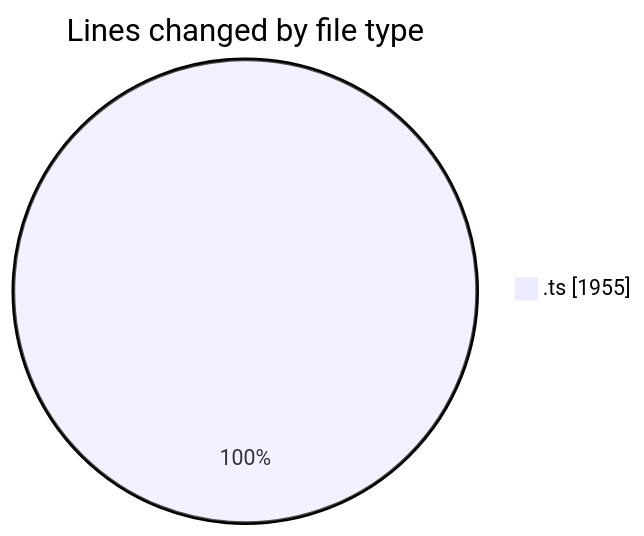
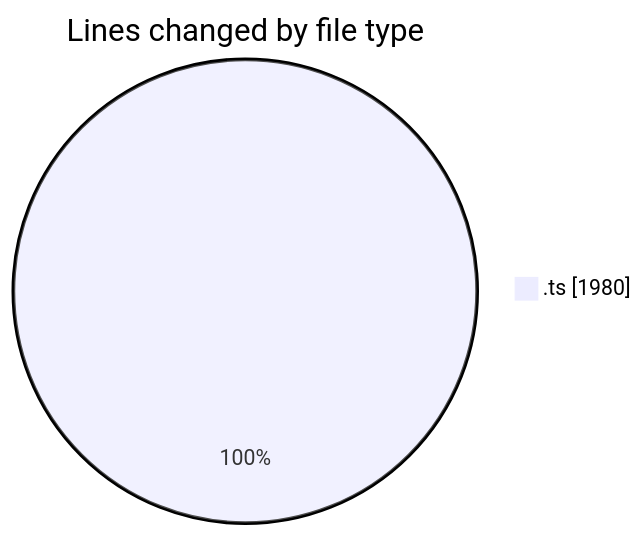
Before and after one commit to momahboobian/code-tracking: the first of 2 diagrams in 2025-10-23/cda/README.md, drawn with Mermaid. The commit also changed other lines of this file and 1 other file, not shown here.

````diff
--- a/2025-10-23/cda/README.md
+++ b/2025-10-23/cda/README.md
@@ -23,5 +23,5 @@
 ```mermaid
 pie showData
 title Lines changed by file type
-".ts" : 1955
+".ts" : 1980
 ```
````
